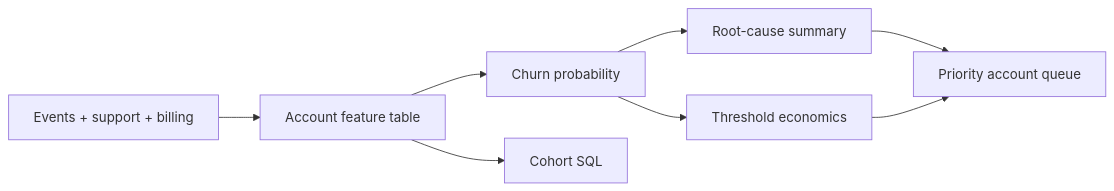
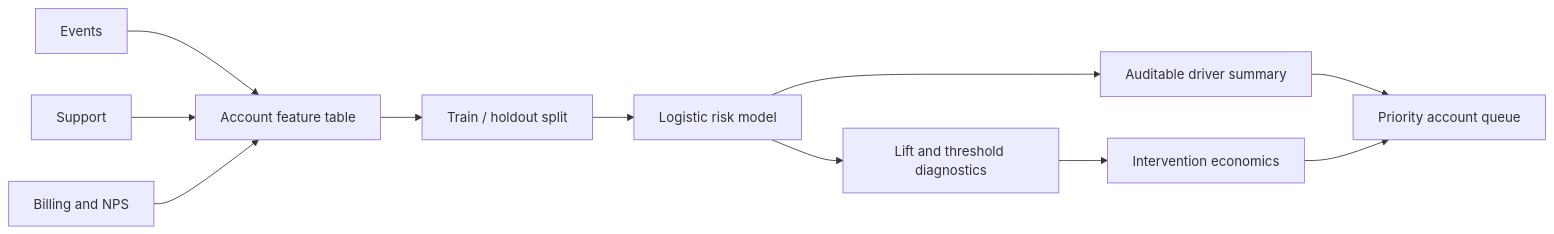
Before and after one commit to sagarmandavkar-UX/retention-churn-copilot: the diagram in README.md, drawn with Mermaid. The commit also changed other lines of this file and 16 other files, not shown here.

````diff
--- a/README.md
+++ b/README.md
@@ -17,10 +37,13 @@
 ```mermaid
 flowchart LR
-  A[Events + support + billing] --> B[Account feature table]
-  B --> C[Churn probability]
-  B --> D[Cohort SQL]
-  C --> E[Root-cause summary]
-  C --> F[Threshold economics]
-  E --> G[Priority account queue]
-  F --> G
+    A[Events] --> D[Account feature table]
+    B[Support] --> D
+    C[Billing and NPS] --> D
+    D --> E[Train / holdout split]
+    E --> F[Logistic risk model]
+    F --> G[Lift and threshold diagnostics]
+    F --> H[Auditable driver summary]
+    G --> I[Intervention economics]
+    H --> J[Priority account queue]
+    I --> J
 ```
````
